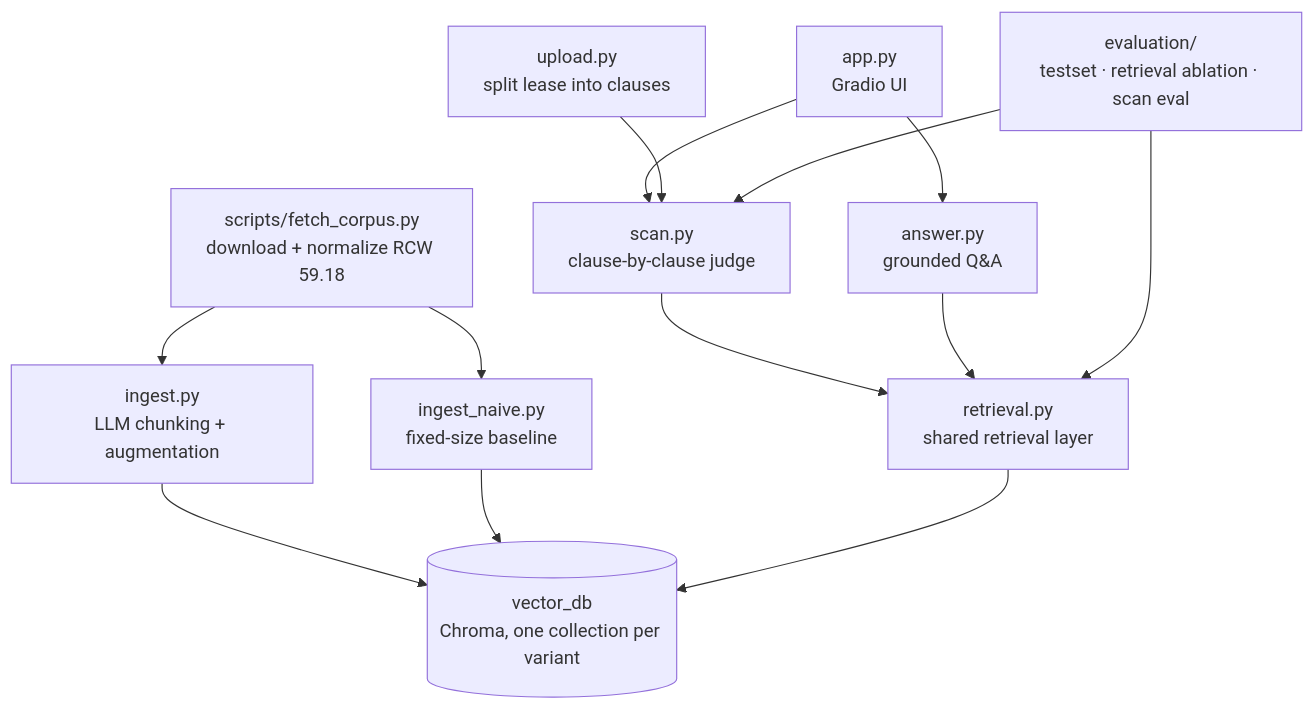
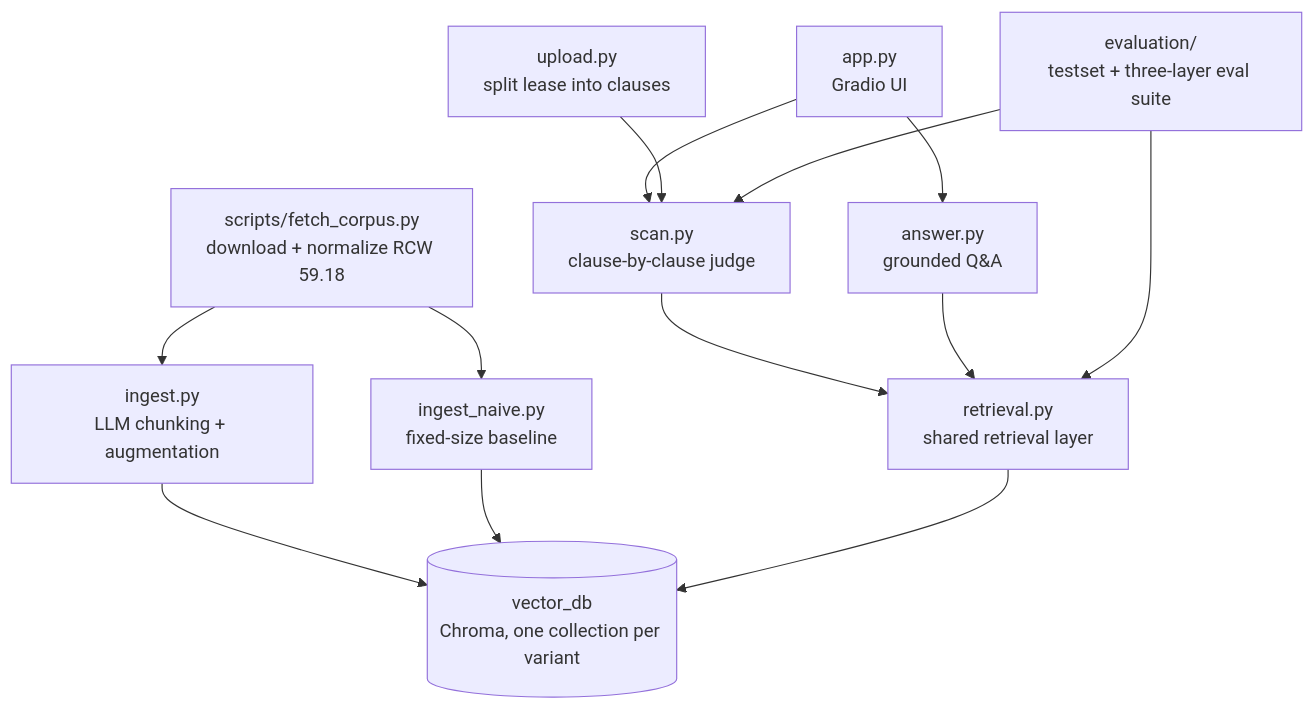
One commit to tywangq/leasehound changed the diagram in README.md. Above: the diagram before and after it, drawn with Mermaid. The commit also changed other lines of this file and 2 other files, not shown here.

First line of the commit message:
Generation-layer evaluation: reference-grounded LLM judge, 2 configs

````diff
--- a/README.md
+++ b/README.md
@@ -29,16 +29,16 @@
 ```mermaid
 graph TD
     FETCH["scripts/fetch_corpus.py<br>download + normalize RCW 59.18"] --> INGEST["ingest.py<br>LLM chunking + augmentation"]
     FETCH --> NAIVE["ingest_naive.py<br>fixed-size baseline"]
     INGEST --> DB[("vector_db<br>Chroma, one collection per variant")]
     NAIVE --> DB
 
     APP["app.py<br>Gradio UI"] --> SCAN["scan.py<br>clause-by-clause judge"]
     APP --> ANSWER["answer.py<br>grounded Q&A"]
     UPLOAD["upload.py<br>split lease into clauses"] --> SCAN
     SCAN --> RETRIEVAL["retrieval.py<br>shared retrieval layer"]
     ANSWER --> RETRIEVAL
-    EVAL["evaluation/<br>testset · retrieval ablation · scan eval"] --> RETRIEVAL
+    EVAL["evaluation/<br>testset + three-layer eval suite"] --> RETRIEVAL
     EVAL --> SCAN
     RETRIEVAL --> DB
 ```
````
